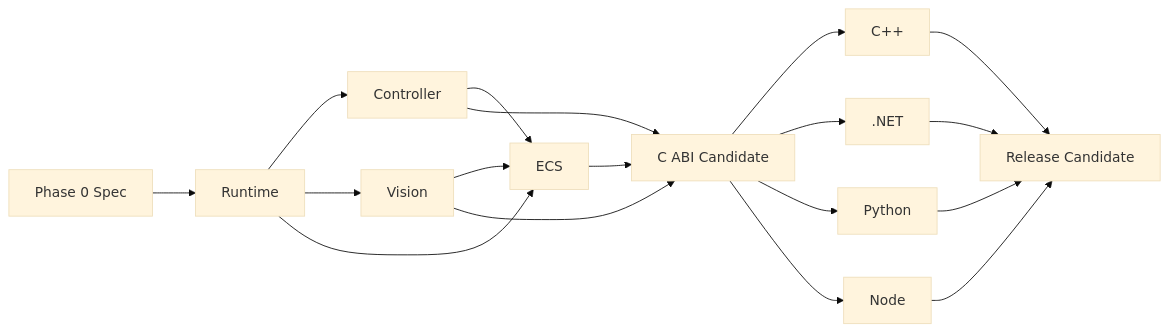
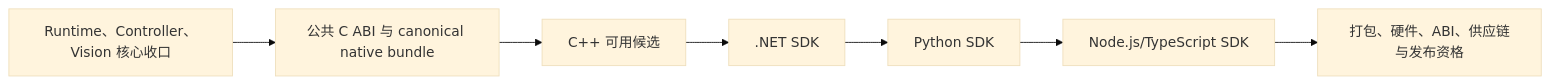
Before and after one commit to XiaoyuBook/easycon-sdk: the diagram in docs/architecture/repository-roadmap.md, drawn with Mermaid (base theme). The commit also changed other lines of this file and 10 other files, not shown here.

````diff
--- a/docs/architecture/repository-roadmap.md
+++ b/docs/architecture/repository-roadmap.md
@@ -295,20 +129,17 @@
 ```mermaid
 flowchart LR
-    P0["Phase 0 Spec"] --> P1["Runtime"]
-    P1 --> P2["Controller"]
-    P1 --> P3["Vision"]
-    P1 --> P4["ECS"]
-    P2 --> P4
-    P3 --> P4
-    P2 --> P5["C ABI Candidate"]
-    P3 --> P5
-    P4 --> P5
-    P5 --> CPP["C++"]
-    P5 --> DN[".NET"]
-    P5 --> PY["Python"]
-    P5 --> ND["Node"]
-    CPP --> RC["Release Candidate"]
-    DN --> RC
-    PY --> RC
-    ND --> RC
+    CORE["Runtime、Controller、Vision 核心收口"]
+    ABI["公共 C ABI 与 canonical native bundle"]
+    CPP["C++ 可用候选"]
+    DOTNET[".NET SDK"]
+    PYTHON["Python SDK"]
+    NODE["Node.js/TypeScript SDK"]
+    RELEASE["打包、硬件、ABI、供应链与发布资格"]
+
+    CORE --> ABI
+    ABI --> CPP
+    CPP --> DOTNET
+    DOTNET --> PYTHON
+    PYTHON --> NODE
+    NODE --> RELEASE
 ```
````
